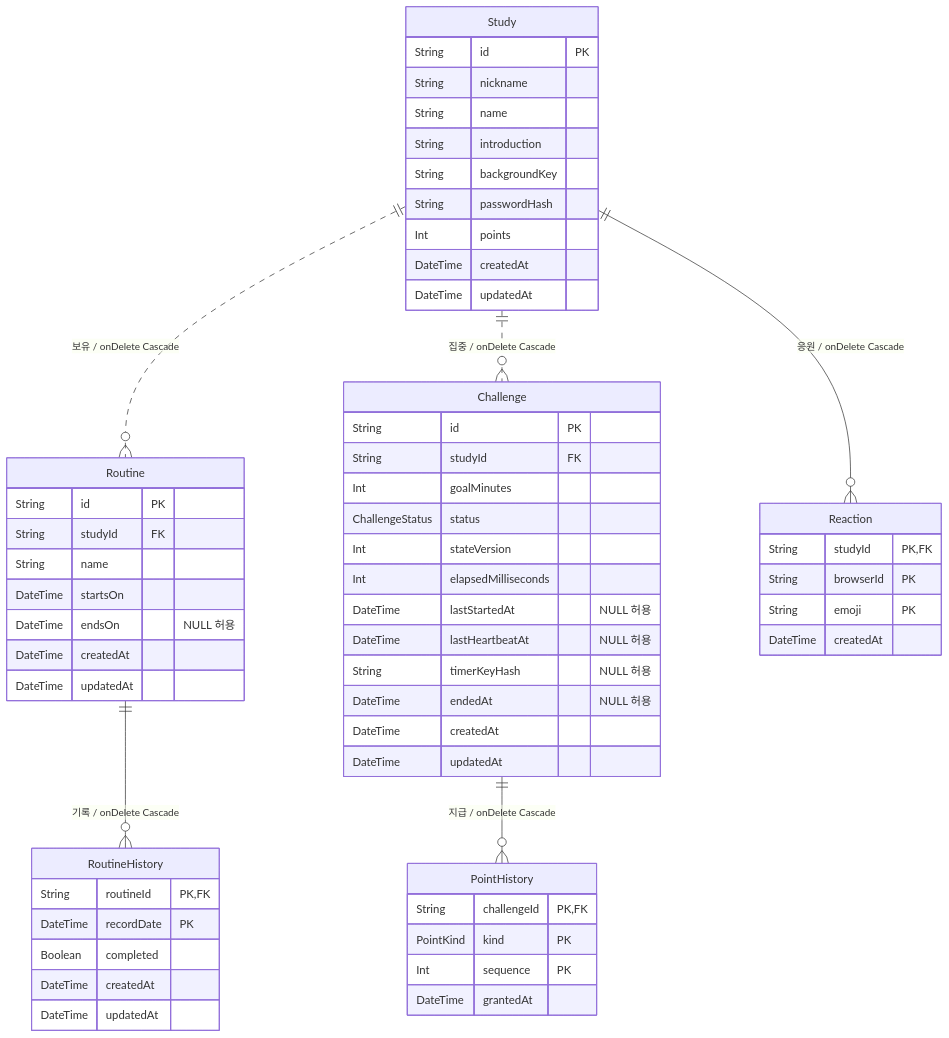
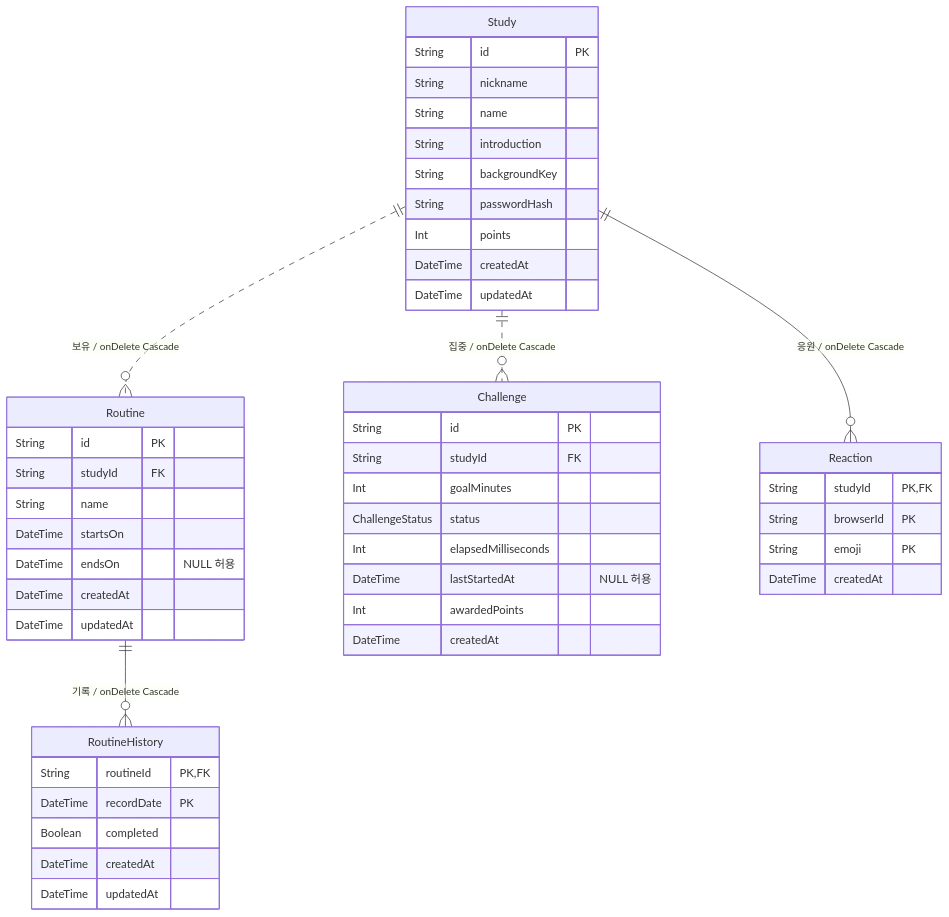
The first of 2 diagrams in docs/DB.md (codeit-fs-16-part2-team1/forest-of-study), drawn with Mermaid before and after one commit. The commit also changed other lines of this file and 8 other files, not shown here.

````diff
--- a/docs/DB.md
+++ b/docs/DB.md
@@ -42,61 +41,50 @@
 ```mermaid
 erDiagram
     Study ||..o{ Routine : "보유 / onDelete Cascade"
     Routine ||--o{ RoutineHistory : "기록 / onDelete Cascade"
     Study ||..o{ Challenge : "집중 / onDelete Cascade"
-    Challenge ||--o{ PointHistory : "지급 / onDelete Cascade"
     Study ||--o{ Reaction : "응원 / onDelete Cascade"
     Study {
         String id PK
         String nickname
         String name
         String introduction
         String backgroundKey
         String passwordHash
         Int points
         DateTime createdAt
         DateTime updatedAt
     }
     Routine {
         String id PK
         String studyId FK
         String name
         DateTime startsOn
         DateTime endsOn "NULL 허용"
         DateTime createdAt
         DateTime updatedAt
     }
     RoutineHistory {
         String routineId PK,FK
         DateTime recordDate PK
         Boolean completed
         DateTime createdAt
         DateTime updatedAt
     }
     Challenge {
         String id PK
         String studyId FK
         Int goalMinutes
         ChallengeStatus status
-        Int stateVersion
         Int elapsedMilliseconds
         DateTime lastStartedAt "NULL 허용"
-        DateTime lastHeartbeatAt "NULL 허용"
-        String timerKeyHash "NULL 허용"
-        DateTime endedAt "NULL 허용"
+        Int awardedPoints
         DateTime createdAt
-        DateTime updatedAt
-    }
-    PointHistory {
-        String challengeId PK,FK
-        PointKind kind PK
-        Int sequence PK
-        DateTime grantedAt
     }
     Reaction {
         String studyId PK,FK
         String browserId PK
         String emoji PK
         DateTime createdAt
     }
 ```
````
